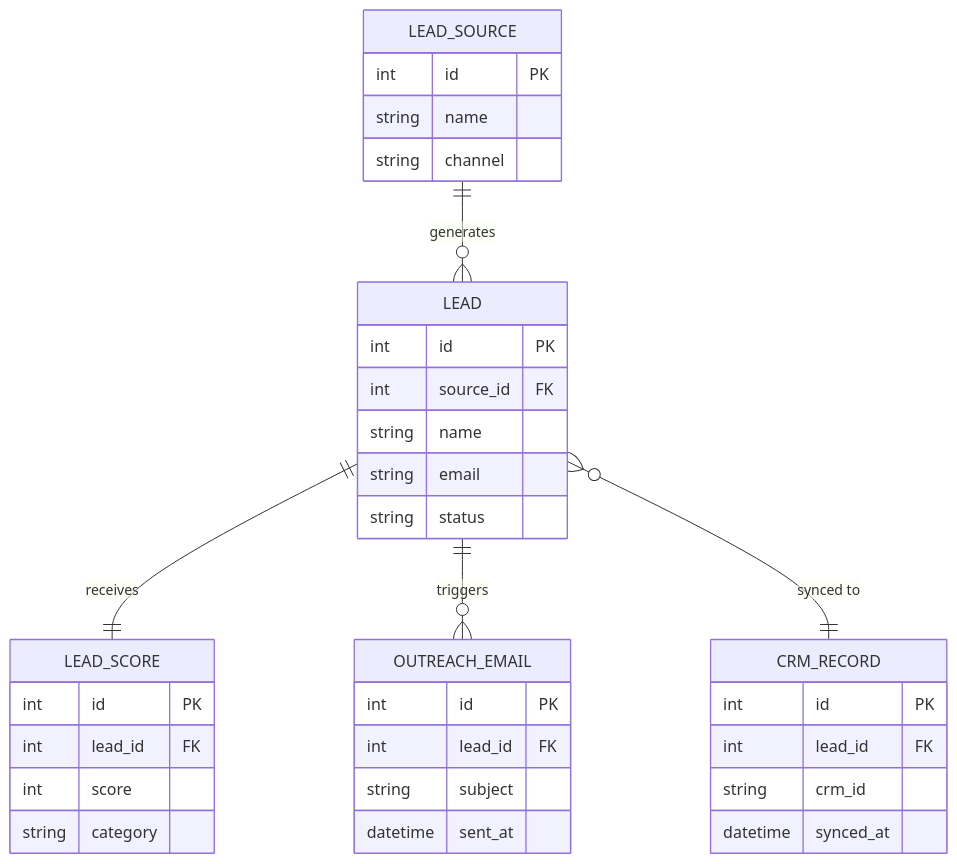
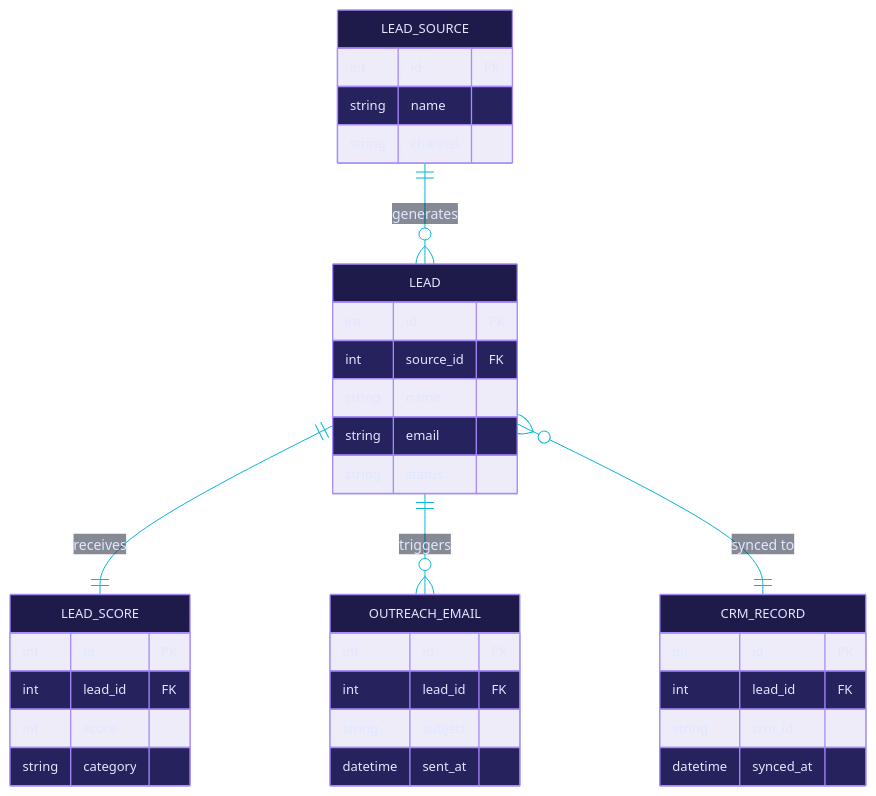
One commit to MohammedAnas21/MohammedAnas21 changed the fourth of 11 diagrams in README.md. Above: the diagram before and after it, drawn with Mermaid. The commit also changed other lines of this file, not shown here.

````diff
--- a/README.md
+++ b/README.md
@@ -246,38 +274,39 @@
 ```mermaid
+%%{init: {"theme": "base", "themeVariables": {"primaryColor": "#1e1b4b", "primaryTextColor": "#e0e7ff", "primaryBorderColor": "#a78bfa", "lineColor": "#06b6d4", "secondaryColor": "#312e81", "tertiaryColor": "#0f172a", "fontFamily": "JetBrains Mono, monospace", "fontSize": "13px"}}}%%
 erDiagram
     LEAD_SOURCE {
         int id PK
         string name
         string channel
     }
     LEAD {
         int id PK
         int source_id FK
         string name
         string email
         string status
     }
     LEAD_SCORE {
         int id PK
         int lead_id FK
         int score
         string category
     }
     OUTREACH_EMAIL {
         int id PK
         int lead_id FK
         string subject
         datetime sent_at
     }
     CRM_RECORD {
         int id PK
         int lead_id FK
         string crm_id
         datetime synced_at
     }
 
     LEAD_SOURCE ||--o{ LEAD : generates
     LEAD ||--|| LEAD_SCORE : receives
     LEAD ||--o{ OUTREACH_EMAIL : triggers
     LEAD }o--|| CRM_RECORD : "synced to"
 ```
````
